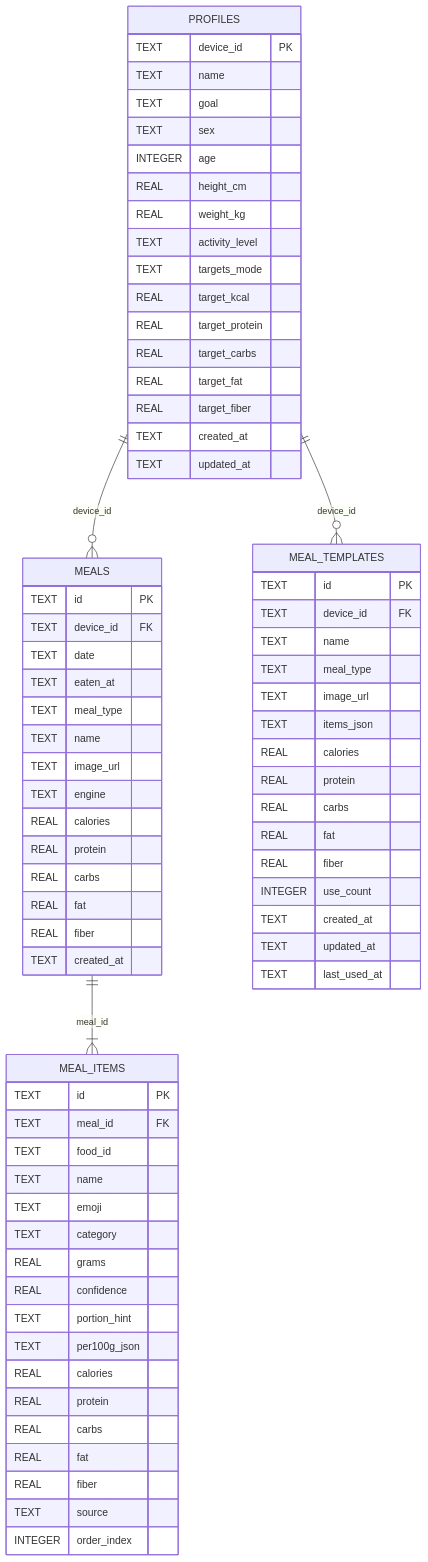
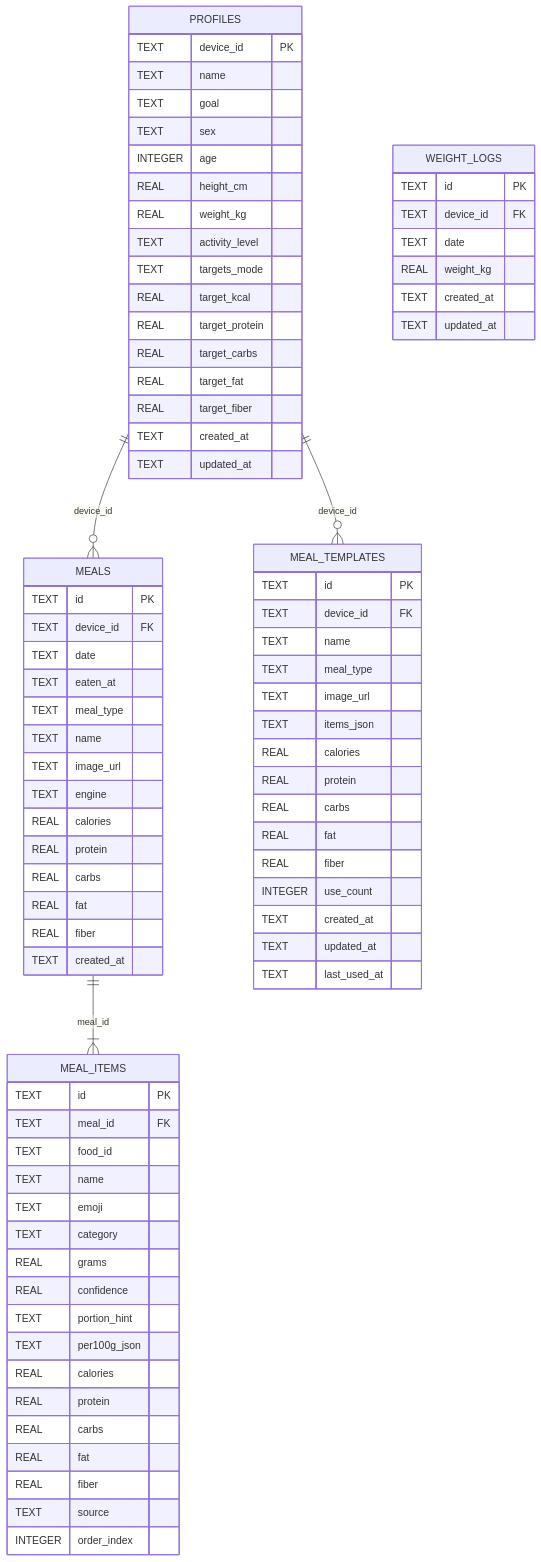
The fifth of 5 diagrams in docs/ARCHITECTURE.md (6xuwei-ad/keep-fit), drawn with Mermaid before and after one commit. The commit also changed other lines of this file and 25 other files, not shown here.

````diff
--- a/docs/ARCHITECTURE.md
+++ b/docs/ARCHITECTURE.md
@@ -550,4 +604,13 @@
     TEXT updated_at
     TEXT last_used_at
   }
+
+  WEIGHT_LOGS {
+    TEXT id PK
+    TEXT device_id FK
+    TEXT date
+    REAL weight_kg
+    TEXT created_at
+    TEXT updated_at
+  }
 ```
````
